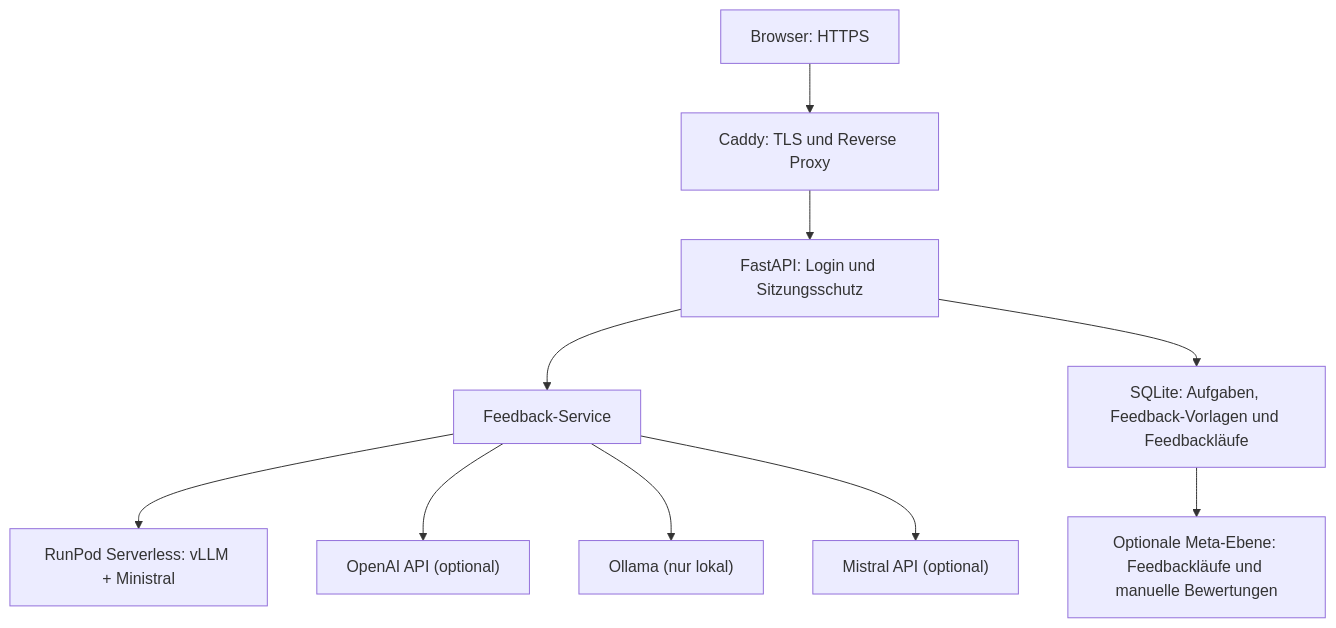
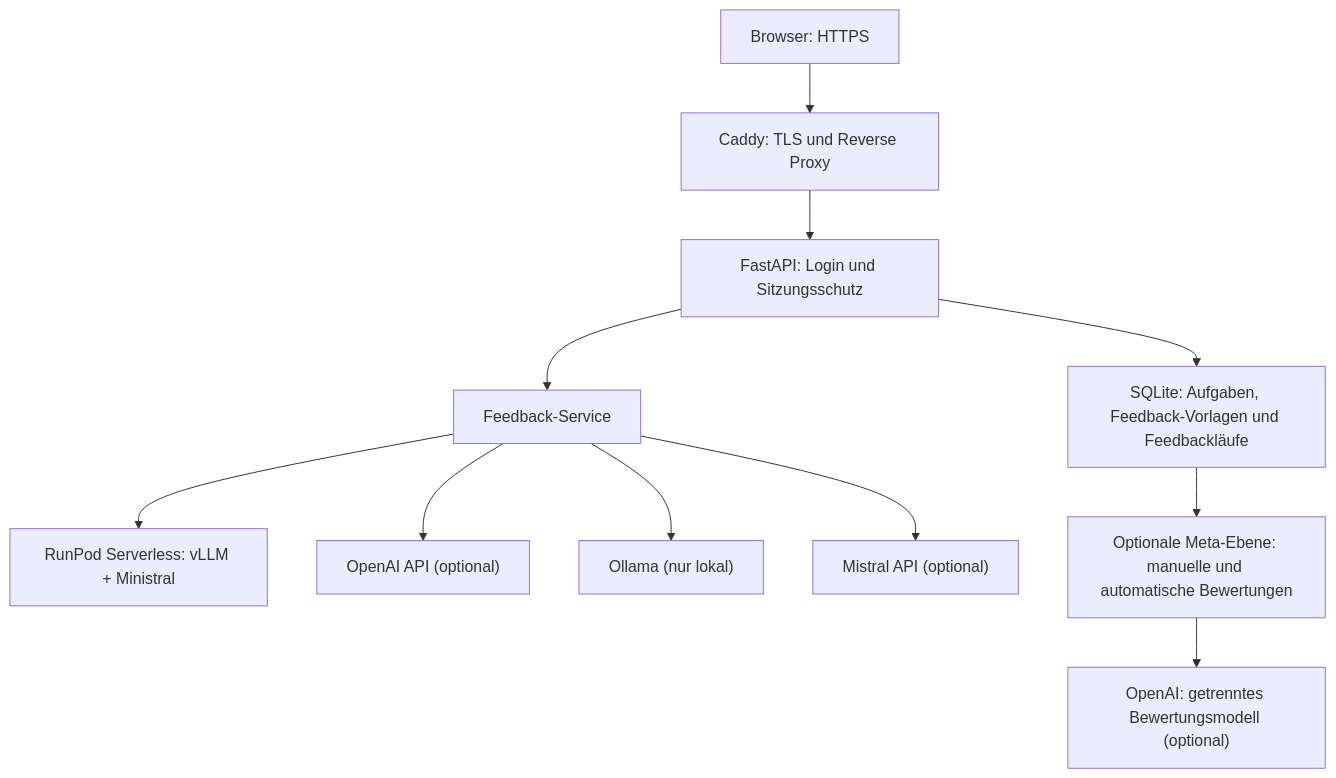
One commit to David90dotcom/ki-schreibfeedback-prototyp changed the diagram in README.md. Above: the diagram before and after it, drawn with Mermaid. The commit also changed other lines of this file and 28 other files, not shown here.

````diff
--- a/README.md
+++ b/README.md
@@ -24,12 +25,13 @@
 ```mermaid
 flowchart TD
     A["Browser: HTTPS"] --> B["Caddy: TLS und Reverse Proxy"]
     B --> C["FastAPI: Login und Sitzungsschutz"]
     C --> D["Feedback-Service"]
     D --> E["RunPod Serverless: vLLM + Ministral"]
     D --> F["OpenAI API (optional)"]
     D --> G["Ollama (nur lokal)"]
     D --> H["Mistral API (optional)"]
     C --> I["SQLite: Aufgaben, Feedback-Vorlagen und Feedbackläufe"]
-    I --> J["Optionale Meta-Ebene: Feedbackläufe und manuelle Bewertungen"]
+    I --> J["Optionale Meta-Ebene: manuelle und automatische Bewertungen"]
+    J --> K["OpenAI: getrenntes Bewertungsmodell (optional)"]
 ```
````
